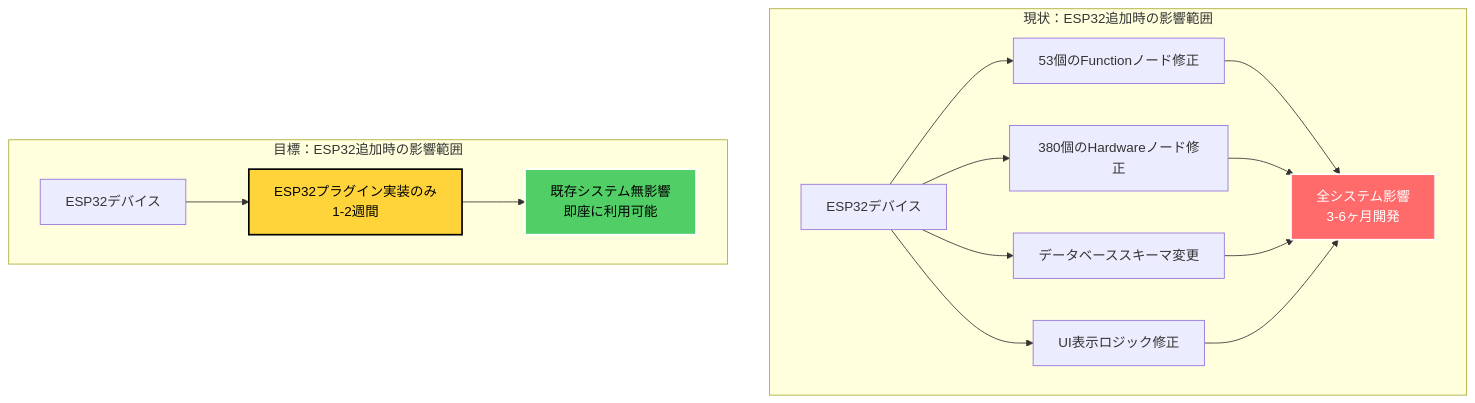
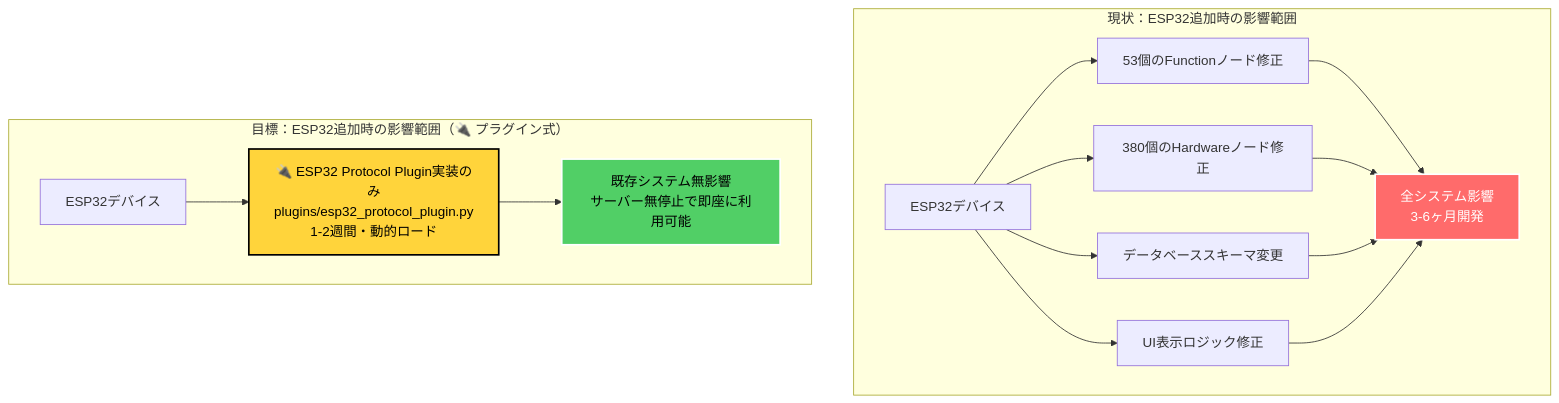
One commit to w-pinkietech/iot4-copy changed diagram 11 of 12 in docs/new-system/architecture/system-overview-diagrams.md. Above: the diagram before and after it, drawn with Mermaid. The commit also changed other lines of this file, not shown here.

````diff
--- a/docs/new-system/architecture/system-overview-diagrams.md
+++ b/docs/new-system/architecture/system-overview-diagrams.md
@@ -569,25 +573,25 @@
 ```mermaid
 graph TB
     subgraph "現状：ESP32追加時の影響範囲"
         ESP32_OLD[ESP32デバイス]
         ESP32_OLD --> MODIFY1[53個のFunctionノード修正]
         ESP32_OLD --> MODIFY2[380個のHardwareノード修正]
         ESP32_OLD --> MODIFY3[データベーススキーマ変更]
         ESP32_OLD --> MODIFY4[UI表示ロジック修正]
         
         MODIFY1 --> IMPACT[全システム影響<br/>3-6ヶ月開発]
         MODIFY2 --> IMPACT
         MODIFY3 --> IMPACT
         MODIFY4 --> IMPACT
     end
     
-    subgraph "目標：ESP32追加時の影響範囲"
+    subgraph "目標：ESP32追加時の影響範囲（🔌 プラグイン式）"
         ESP32_NEW[ESP32デバイス]
-        ESP32_NEW --> PLUGIN[ESP32プラグイン実装のみ<br/>1-2週間]
-        PLUGIN --> NOIMACT[既存システム無影響<br/>即座に利用可能]
+        ESP32_NEW --> PLUGIN[🔌 ESP32 Protocol Plugin実装のみ<br/>plugins/esp32_protocol_plugin.py<br/>1-2週間・動的ロード]
+        PLUGIN --> NOIMACT[既存システム無影響<br/>サーバー無停止で即座に利用可能]
     end
     
     style IMPACT fill:#ff6b6b,stroke:#fff,stroke-width:2px,color:#fff
     style NOIMACT fill:#51cf66,stroke:#fff,stroke-width:2px,color:#000
     style PLUGIN fill:#ffd43b,stroke:#000,stroke-width:2px,color:#000
 ```
````
